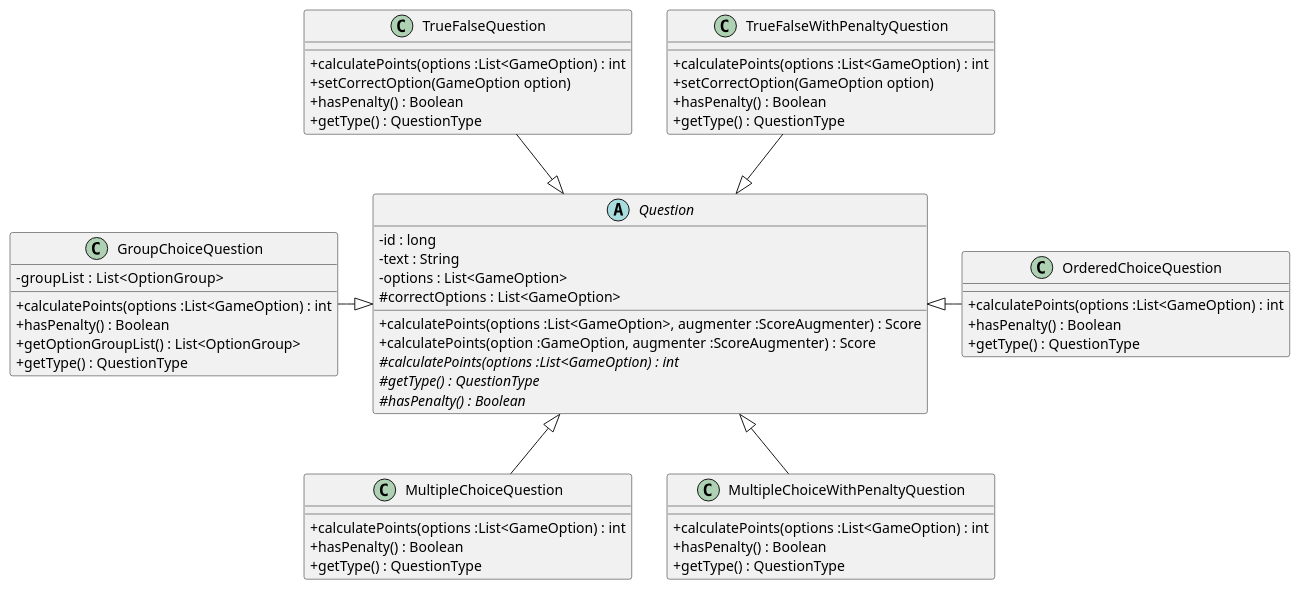
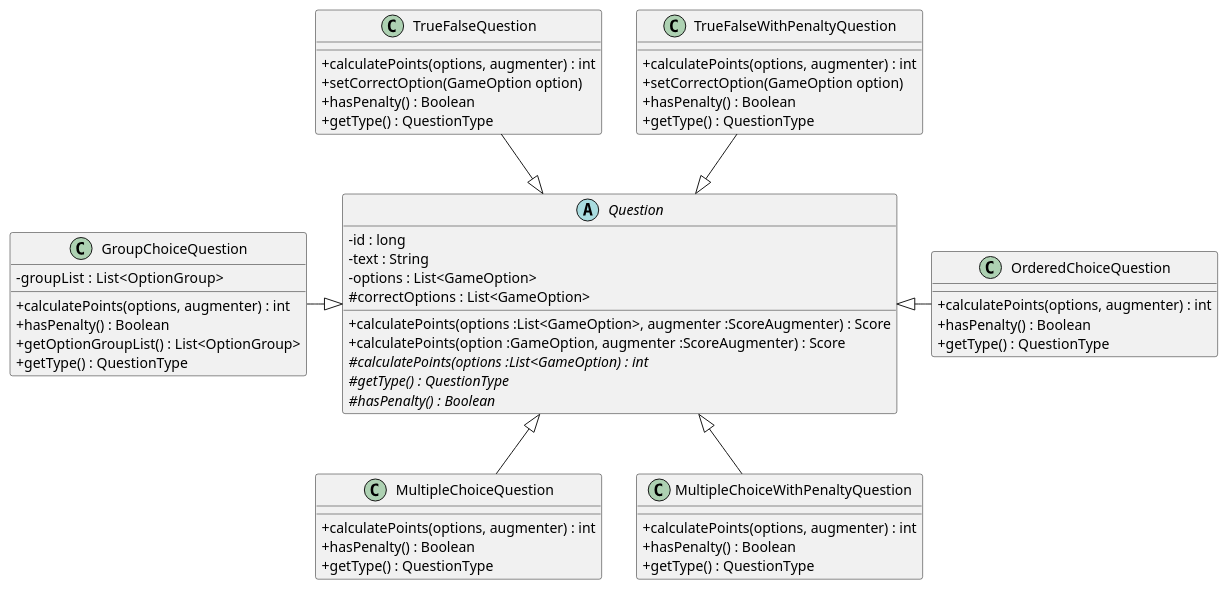
The diagram in docs/DiagramaClases-DetallePreguntas-TP2.plantuml (GEscandar/TP2-Kahoot), drawn with PlantUML before and after one commit. The commit also changed 6 other files, not shown here.

Commit message:
Actualización diagramas de clases

```diff
--- a/docs/DiagramaClases-DetallePreguntas-TP2.plantuml
+++ b/docs/DiagramaClases-DetallePreguntas-TP2.plantuml
@@ -1,68 +1,68 @@
 @startuml DiagramaUML-DetallePreguntas-TP2
 
 skinparam classAttributeIconSize 0
 
 abstract Question{
     - id : long
     - text : String
     - options : List<GameOption>
     # correctOptions : List<GameOption>
     + calculatePoints(options :List<GameOption>, augmenter :ScoreAugmenter) : Score
     + calculatePoints(option :GameOption, augmenter :ScoreAugmenter) : Score
     # {abstract}calculatePoints(options :List<GameOption) : int
     # {abstract}getType() : QuestionType
     # {abstract}hasPenalty() : Boolean
 }
 
 class TrueFalseQuestion{
-    + calculatePoints(options :List<GameOption) : int
+    + calculatePoints(options, augmenter) : int
     + setCorrectOption(GameOption option)
     + hasPenalty() : Boolean
     + getType() : QuestionType
 }
 
 class TrueFalseWithPenaltyQuestion{
-    + calculatePoints(options :List<GameOption) : int
+    + calculatePoints(options, augmenter) : int
     + setCorrectOption(GameOption option)
     + hasPenalty() : Boolean
     + getType() : QuestionType
 }
 
 class OrderedChoiceQuestion{
-    + calculatePoints(options :List<GameOption) : int
+    + calculatePoints(options, augmenter) : int
     + hasPenalty() : Boolean
     + getType() : QuestionType
 }
 
 class MultipleChoiceQuestion{
-    + calculatePoints(options :List<GameOption) : int
+    + calculatePoints(options, augmenter) : int
     + hasPenalty() : Boolean
     + getType() : QuestionType
 }
 
 class MultipleChoiceWithPenaltyQuestion{
-    + calculatePoints(options :List<GameOption) : int
+    + calculatePoints(options, augmenter) : int
     + hasPenalty() : Boolean
     + getType() : QuestionType
 }
 
 class GroupChoiceQuestion{
-    + calculatePoints(options :List<GameOption) : int
+    + calculatePoints(options, augmenter) : int
     - groupList :  List<OptionGroup>
     + hasPenalty() : Boolean
     + getOptionGroupList() : List<OptionGroup> 
     + getType() : QuestionType
 }
 
 
 TrueFalseQuestion --|> Question
 TrueFalseWithPenaltyQuestion --|> Question
 
 OrderedChoiceQuestion --left|> Question
 
 MultipleChoiceQuestion --up|> Question
 MultipleChoiceWithPenaltyQuestion --up|> Question
 
 GroupChoiceQuestion --right|> Question
 
 @enduml
```
